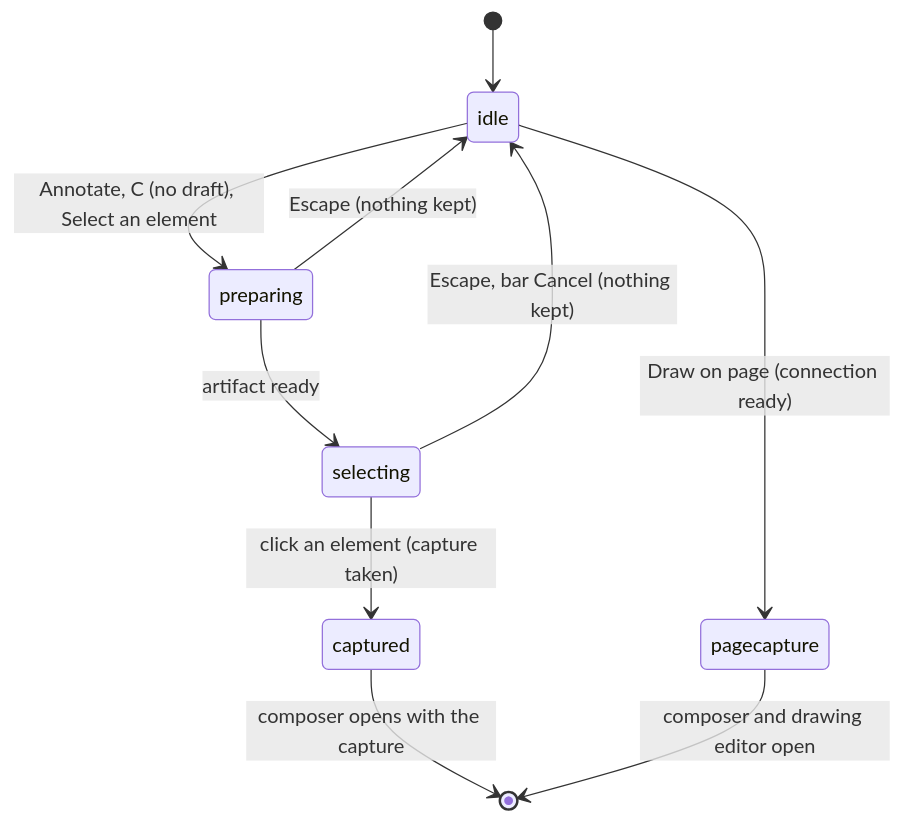
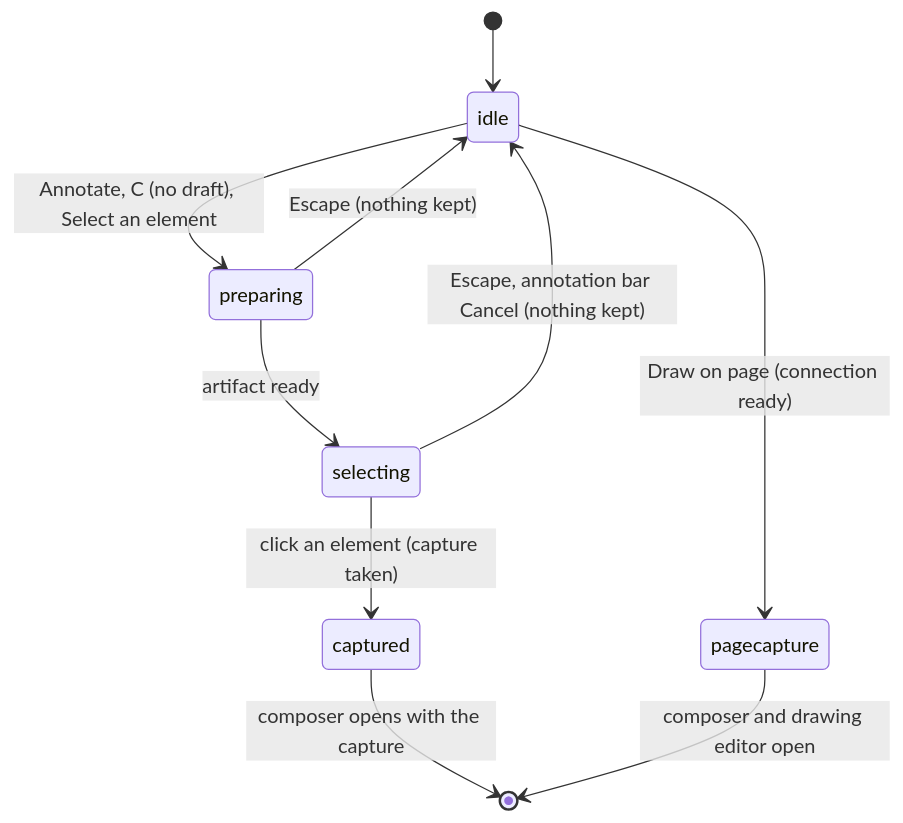
One commit to BintzGavin/shiplet-core changed the diagram in product-description/review/selecting-and-capturing.md. Above: the diagram before and after it, drawn with Mermaid. The commit also changed other lines of this file and 7 other files, not shown here.

````diff
--- a/product-description/review/selecting-and-capturing.md
+++ b/product-description/review/selecting-and-capturing.md
@@ -15,12 +15,12 @@
 ```mermaid
 stateDiagram-v2
     [*] --> idle
     idle --> preparing : Annotate, C (no draft), Select an element
     preparing --> selecting : artifact ready
     preparing --> idle : Escape (nothing kept)
     selecting --> captured : click an element (capture taken)
-    selecting --> idle : Escape, bar Cancel (nothing kept)
+    selecting --> idle : Escape, annotation bar Cancel (nothing kept)
     captured --> [*] : composer opens with the capture
     idle --> pagecapture : Draw on page (connection ready)
     pagecapture --> [*] : composer and drawing editor open
 ```
````
